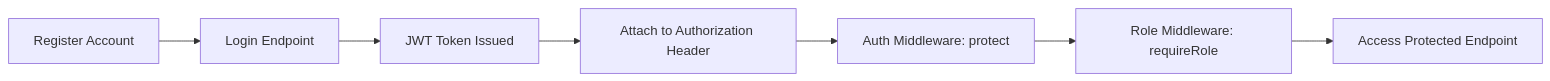
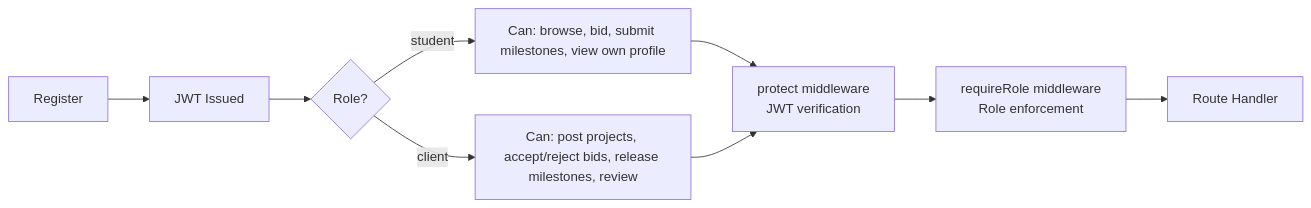
Before and after one commit to SubhashKumar14/Bid-Hub: the second of 6 diagrams in README.md, drawn with Mermaid. The commit also changed other lines of this file and 20 other files, not shown here.

````diff
--- a/README.md
+++ b/README.md
@@ -64,9 +104,11 @@
 ```mermaid
-graph LR
-    Reg[Register Account] --> Login[Login Endpoint]
-    Login --> JWT[JWT Token Issued]
-    JWT --> Req[Attach to Authorization Header]
-    Req --> Protect[Auth Middleware: protect]
-    Protect --> Role[Role Middleware: requireRole]
-    Role --> Allow[Access Protected Endpoint]
+flowchart LR
+    A[Register] --> B[JWT Issued]
+    B --> C{Role?}
+    C -->|student| D[Can: browse, bid, submit milestones, view own profile]
+    C -->|client| E[Can: post projects, accept/reject bids, release milestones, review]
+    D --> F[protect middleware\nJWT verification]
+    E --> F
+    F --> G[requireRole middleware\nRole enforcement]
+    G --> H[Route Handler]
 ```
````
